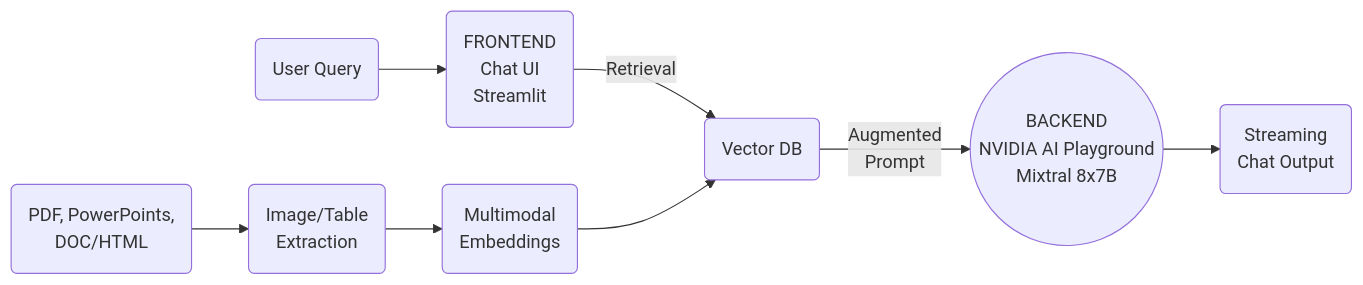
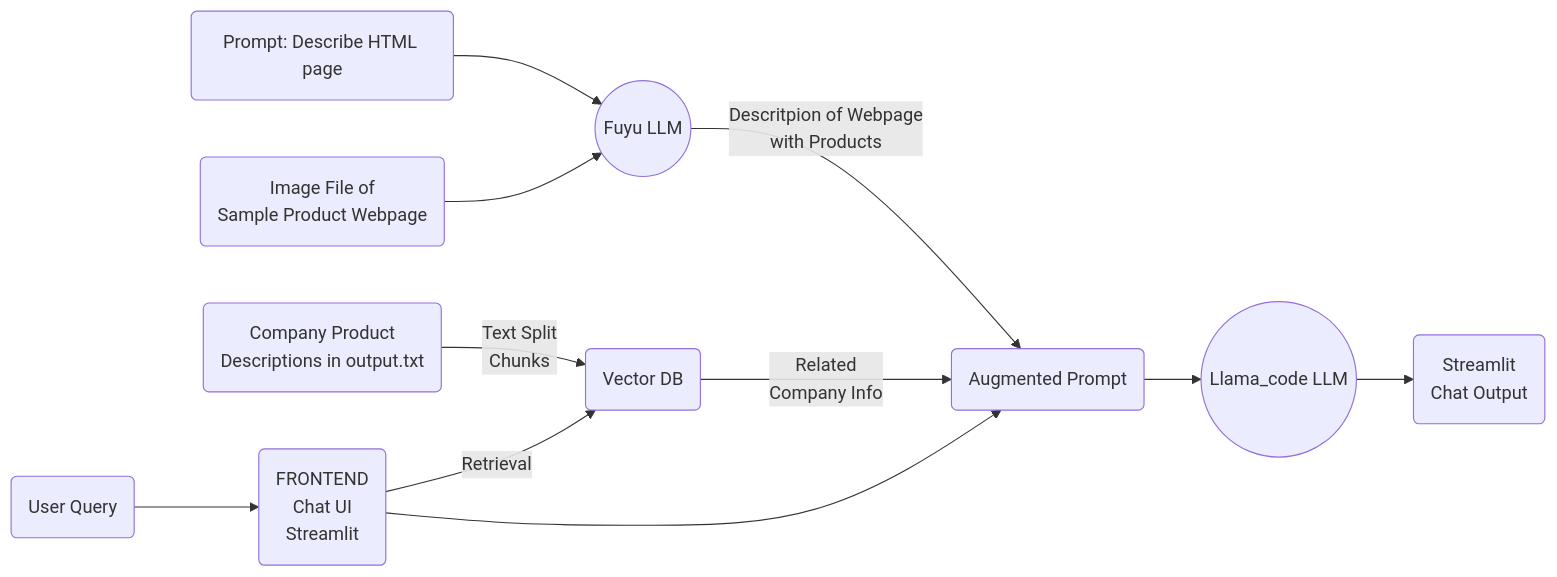
The diagram in README.md (Jaredh027/MultimodalAI), drawn with Mermaid before and after one commit. The commit also changed other lines of this file, not shown here.

````diff
--- a/README.md
+++ b/README.md
@@ -58,10 +59,13 @@
 ```mermaid
 graph LR
 E(User Query) --> A(FRONTEND<br/>Chat UI<br/>Streamlit)
-F(PDF, PowerPoints,<br/>DOC/HTML) --> G(Image/Table<br>Extraction)
-G --> H(Multimodal<br>Embeddings)
-B --> D(Streaming<br/>Chat Output)
-C(Vector DB) -- Augmented<br/> Prompt--> B((BACKEND<br/>NVIDIA AI Playground<br/>Mixtral 8x7B))
-A --Retrieval--> C
-H --> C
+J(Prompt: Describe HTML page) --> G((Fuyu LLM))
+F(Image File of <br/>Sample Product Webpage) --> G
+G -- Descritpion of Webpage<br/>with Products --> K(Augmented Prompt)
+H(Company Product<br/>Descriptions in output.txt) -- Text Split<br/>Chunks --> N(Vector DB)
+N -- Related<br/>Company Info --> K
+A --> K
+A -- Retrieval --> N
+K --> L((Llama_code LLM))
+L --> M(Streamlit<br/>Chat Output)
 ```
````
